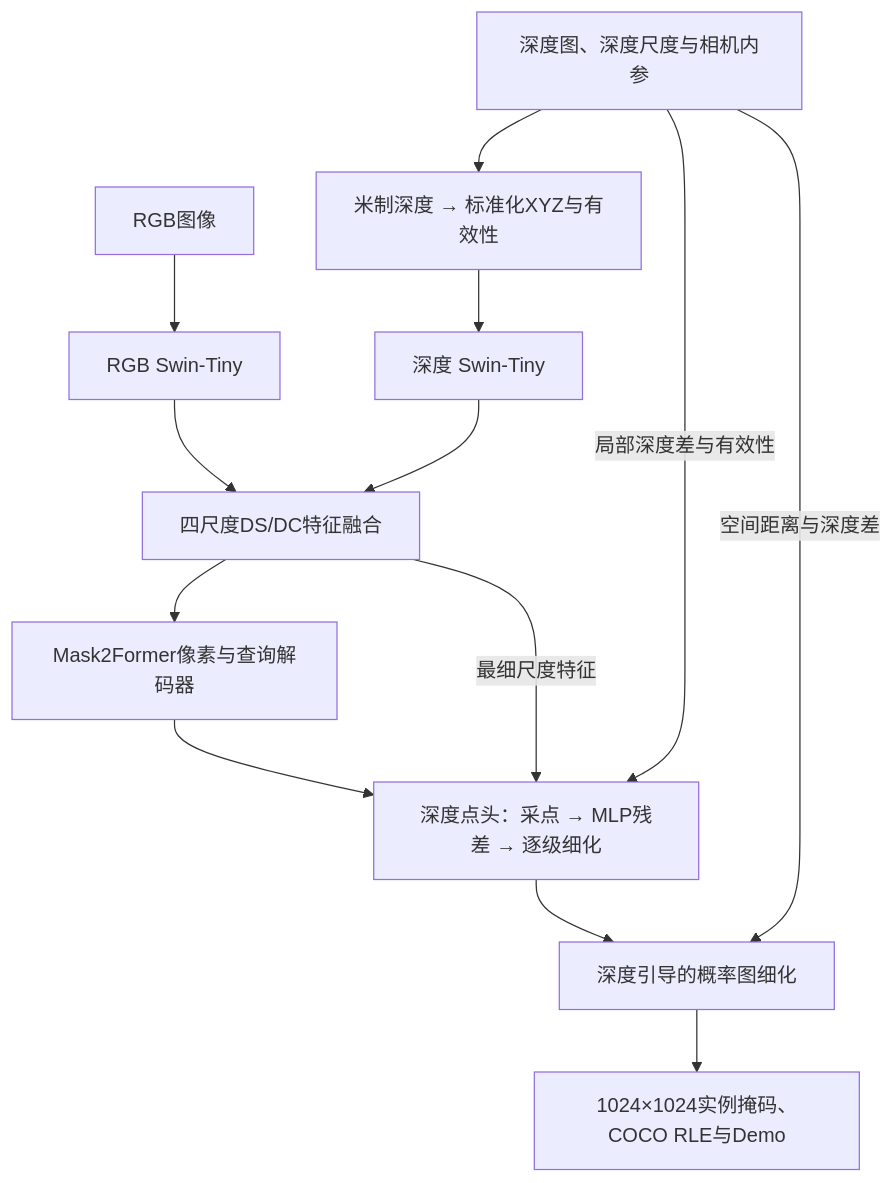
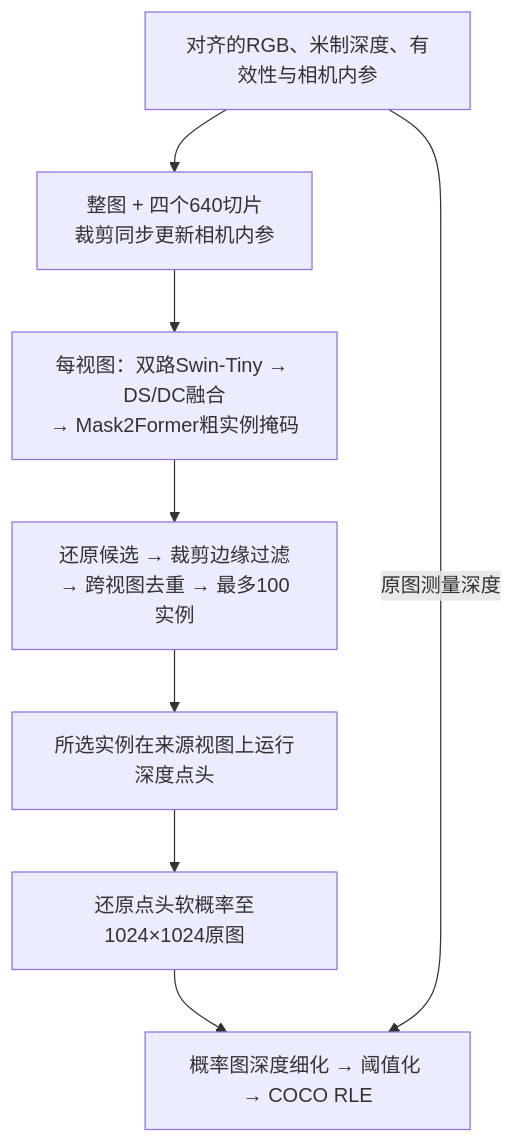
The second of 2 diagrams in README.md (YuryLee/DPSeg), drawn with Mermaid before and after one commit. The commit also changed other lines of this file, not shown here.

````diff
--- a/README.md
+++ b/README.md
@@ -29,15 +90,10 @@
 ```mermaid
 flowchart TD
-    RGB["RGB图像"] --> RGBEncoder["RGB Swin-Tiny"]
-    Depth["深度图、深度尺度与相机内参"] --> Geometry["米制深度 → 标准化XYZ与有效性"]
-    Geometry --> DepthEncoder["深度 Swin-Tiny"]
-    RGBEncoder --> Fusion["四尺度DS/DC特征融合"]
-    DepthEncoder --> Fusion
-    Fusion --> Decoder["Mask2Former像素与查询解码器"]
-    Decoder --> Point["深度点头：采点 → MLP残差 → 逐级细化"]
-    Fusion -->|最细尺度特征| Point
-    Depth -->|局部深度差与有效性| Point
-    Point --> Probability["深度引导的概率图细化"]
-    Depth -->|空间距离与深度差| Probability
-    Probability --> Output["1024×1024实例掩码、COCO RLE与Demo"]
+    Input["对齐的RGB、米制深度、有效性与相机内参"] --> Views["整图 + 四个640切片<br/>裁剪同步更新相机内参"]
+    Views --> Model["每视图：双路Swin-Tiny → DS/DC融合<br/>→ Mask2Former粗实例掩码"]
+    Model --> Merge["还原候选 → 裁剪边缘过滤<br/>→ 跨视图去重 → 最多100实例"]
+    Merge --> Point["所选实例在来源视图上运行深度点头"]
+    Point --> Restore["还原点头软概率至1024×1024原图"]
+    Restore --> Probability["概率图深度细化 → 阈值化 → COCO RLE"]
+    Input -->|原图测量深度| Probability
 ```
````
